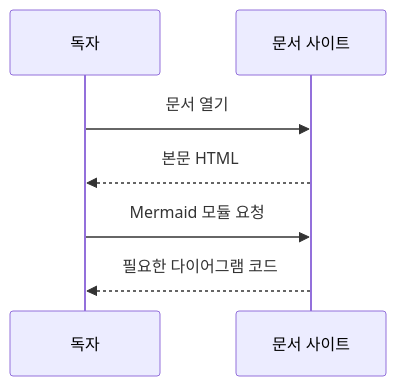
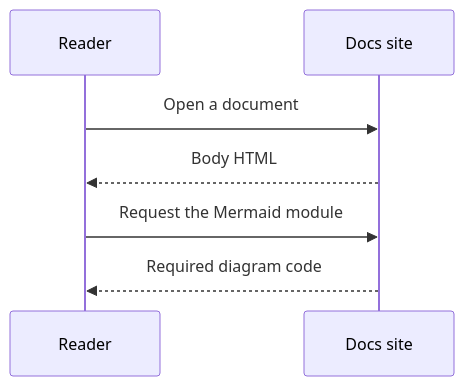
One commit to minu-ha/for-humanity changed the second of 5 diagrams in content/public/diagrams.md. Above: the diagram before and after it, drawn with Mermaid. The commit also changed other lines of this file and 30 other files, not shown here.

````diff
--- a/content/public/diagrams.md
+++ b/content/public/diagrams.md
@@ -57,9 +57,9 @@
 ```mermaid
 sequenceDiagram
-    participant Reader as 독자
-    participant Site as 문서 사이트
-    Reader->>Site: 문서 열기
-    Site-->>Reader: 본문 HTML
-    Reader->>Site: Mermaid 모듈 요청
-    Site-->>Reader: 필요한 다이어그램 코드
+    participant Reader as Reader
+    participant Site as Docs site
+    Reader->>Site: Open a document
+    Site-->>Reader: Body HTML
+    Reader->>Site: Request the Mermaid module
+    Site-->>Reader: Required diagram code
 ```
````
